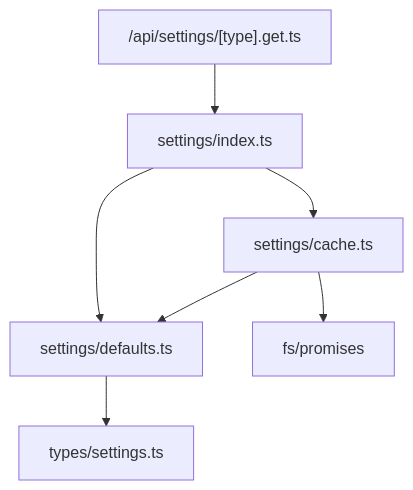
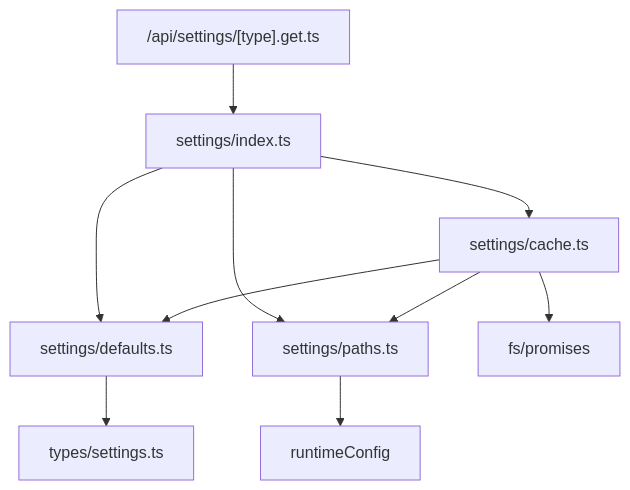
One commit to jongik-sv/jjiban changed the first of 3 diagrams in .jjiban/projects/jjiban/tasks/TSK-02-03-02/020-detail-design.md. Above: the diagram before and after it, drawn with Mermaid. The commit also changed other lines of this file and 111 other files, not shown here.

````diff
--- a/.jjiban/projects/jjiban/tasks/TSK-02-03-02/020-detail-design.md
+++ b/.jjiban/projects/jjiban/tasks/TSK-02-03-02/020-detail-design.md
@@ -120,9 +151,12 @@
 ```mermaid
 graph TD
     API["/api/settings/[type].get.ts"] --> SVC["settings/index.ts"]
     SVC --> CACHE["settings/cache.ts"]
     SVC --> DEFAULTS["settings/defaults.ts"]
+    SVC --> PATHS["settings/paths.ts"]
     CACHE --> DEFAULTS
+    CACHE --> PATHS
     CACHE --> FS["fs/promises"]
+    PATHS --> RC["runtimeConfig"]
     DEFAULTS --> TYPES["types/settings.ts"]
 ```
````
